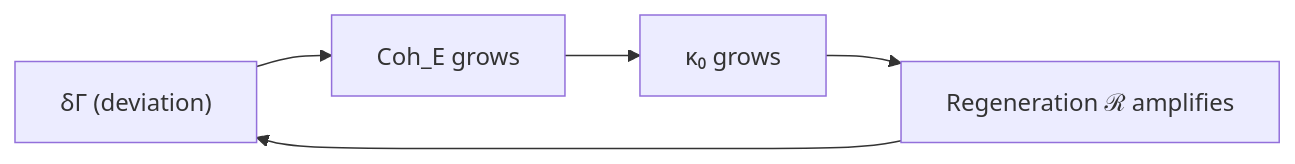
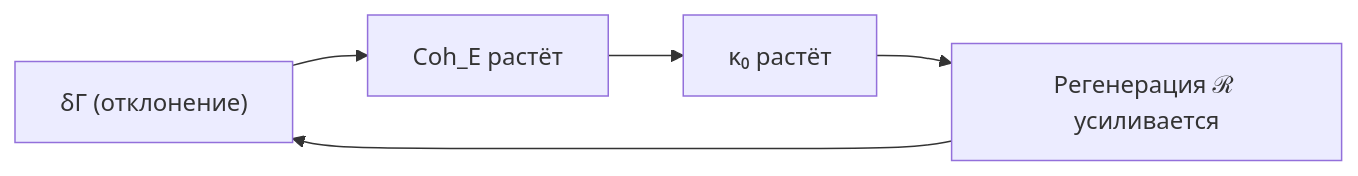
Before and after one commit to gst-st/uhm: the first of 2 diagrams in website/docs/physics/cosmology-phys/origin.md, drawn with Mermaid. The commit also changed other lines of this file and 79 other files, not shown here.

````diff
--- a/website/docs/physics/cosmology-phys/origin.md
+++ b/website/docs/physics/cosmology-phys/origin.md
@@ -146,7 +139,7 @@
 ```mermaid
 graph LR
-    F["δΓ (deviation)"] --> C["Coh_E grows"]
-    C --> K["κ₀ grows"]
-    K --> R["Regeneration ℛ amplifies"]
+    F["δΓ (отклонение)"] --> C["Coh_E растёт"]
+    C --> K["κ₀ растёт"]
+    K --> R["Регенерация ℛ усиливается"]
     R --> F
 ```
````
